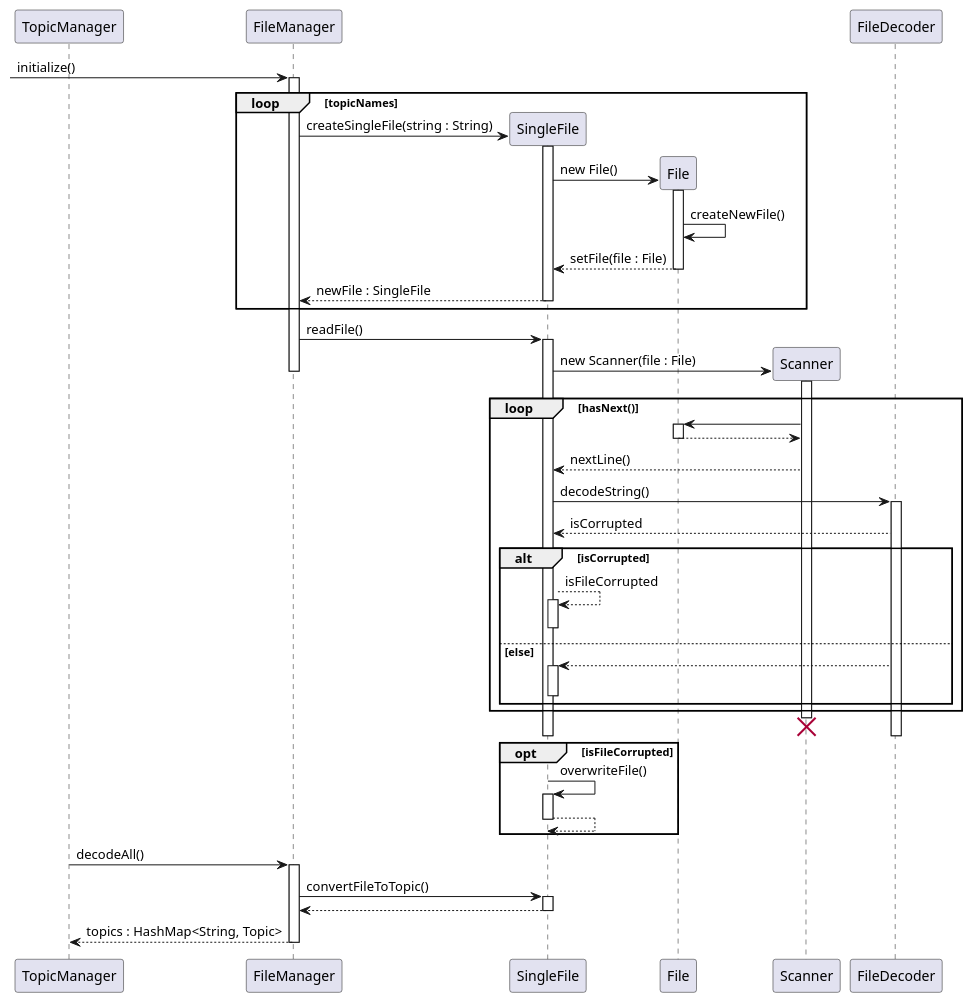
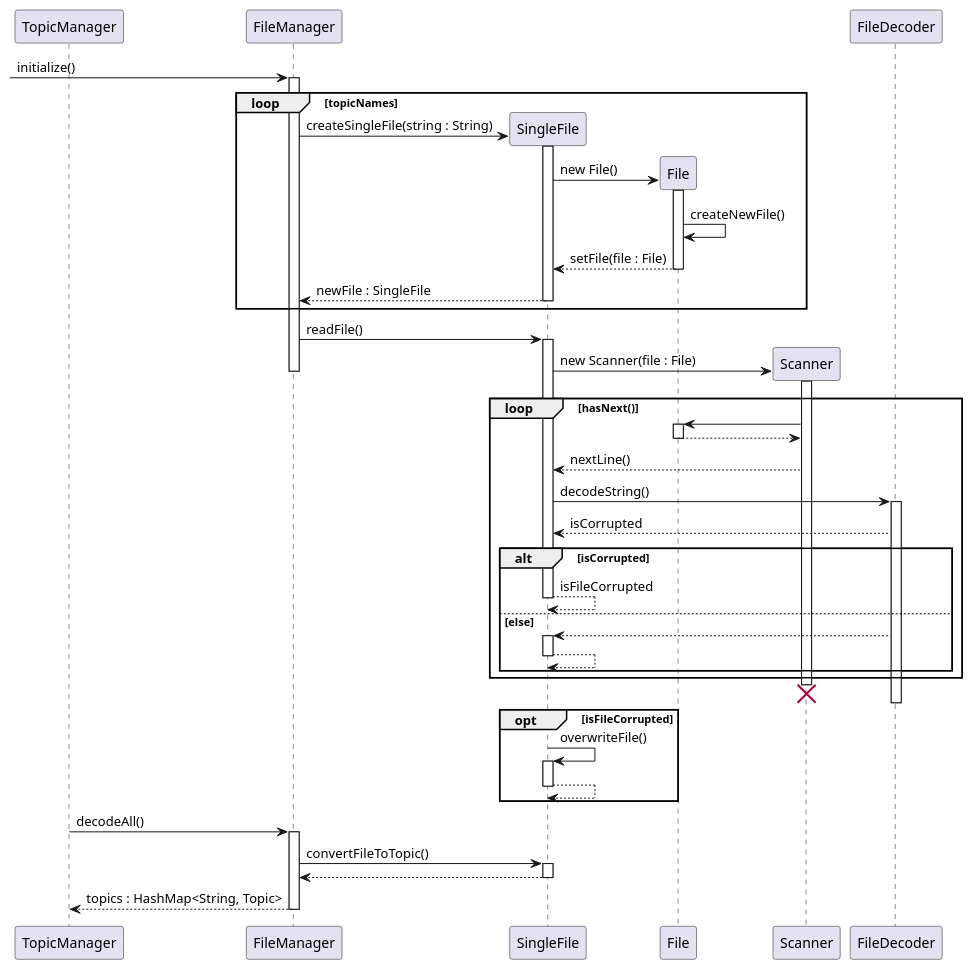
Before and after one commit to ong-ck/tp: the diagram in docs/sequence/source-files/InitializationFileManager.puml, drawn with PlantUML. The commit also changed 1 other file, not shown here.

Commit message:
Fix: updated sequence diagram with wrong activation box

```diff
--- a/docs/sequence/source-files/InitializationFileManager.puml
+++ b/docs/sequence/source-files/InitializationFileManager.puml
@@ -1,63 +1,63 @@
 @startuml
 
 participant TopicManager as tm
 participant FileManager as fm
 participant SingleFile as sf
 participant File as f
 participant Scanner as s
 participant FileDecoder as fd
 
 -> fm : initialize()
 activate fm
 loop topicNames
     fm -> sf ** : createSingleFile(string : String)
     activate sf
     sf -> f ** : new File()
     activate f
     f -> f : createNewFile()
     f --> sf : setFile(file : File)
     deactivate f
     sf --> fm : newFile : SingleFile
     deactivate sf
 end
 fm -> sf : readFile()
 activate sf
 sf -> s ** : new Scanner(file : File)
 activate s
 deactivate fm
     loop hasNext()
     s -> f
     activate f
     f --> s
     deactivate f
     s --> sf : nextLine()
     sf -> fd : decodeString()
     activate fd
     fd --> sf : isCorrupted
         alt isCorrupted
         sf --> sf : isFileCorrupted
-        activate sf
         deactivate sf
         else else
         fd --> sf
         activate sf
+        sf-->sf
         deactivate sf
         end
     end
     destroy s
     deactivate sf
     deactivate fd
     opt isFileCorrupted
     sf -> sf : overwriteFile()
     activate sf
     sf --> sf
     deactivate sf
     end
 tm -> fm : decodeAll()
 activate fm
 fm -> sf : convertFileToTopic()
 activate sf
 return
 return topics : HashMap<String, Topic>
 
 @enduml
```
